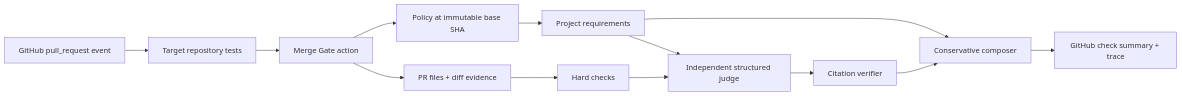
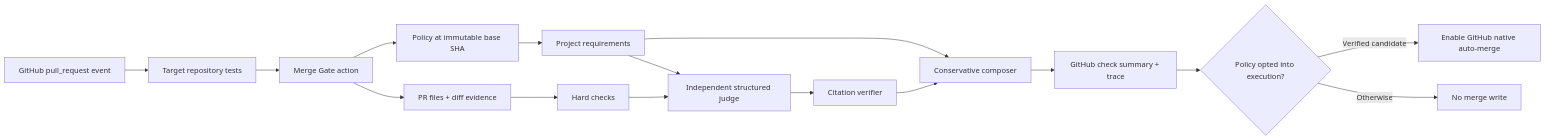
Before and after one commit to adapaania/merge-gate: the first of 2 diagrams in README.md, drawn with Mermaid. The commit also changed other lines of this file and 18 other files, not shown here.

Commit message:
Add policy-controlled auto-merge execution

````diff
--- a/README.md
+++ b/README.md
@@ -39,15 +39,18 @@
 ```mermaid
 flowchart LR
     A["GitHub pull_request event"] --> B["Target repository tests"]
     B --> C["Merge Gate action"]
     C --> D["Policy at immutable base SHA"]
     C --> E["PR files + diff evidence"]
     D --> F["Project requirements"]
     E --> G["Hard checks"]
     F --> H["Independent structured judge"]
     G --> H
     H --> I["Citation verifier"]
     F --> J["Conservative composer"]
     I --> J
     J --> K["GitHub check summary + trace"]
+    K --> L{"Policy opted into execution?"}
+    L -->|"Verified candidate"| M["Enable GitHub native auto-merge"]
+    L -->|"Otherwise"| N["No merge write"]
 ```
````
